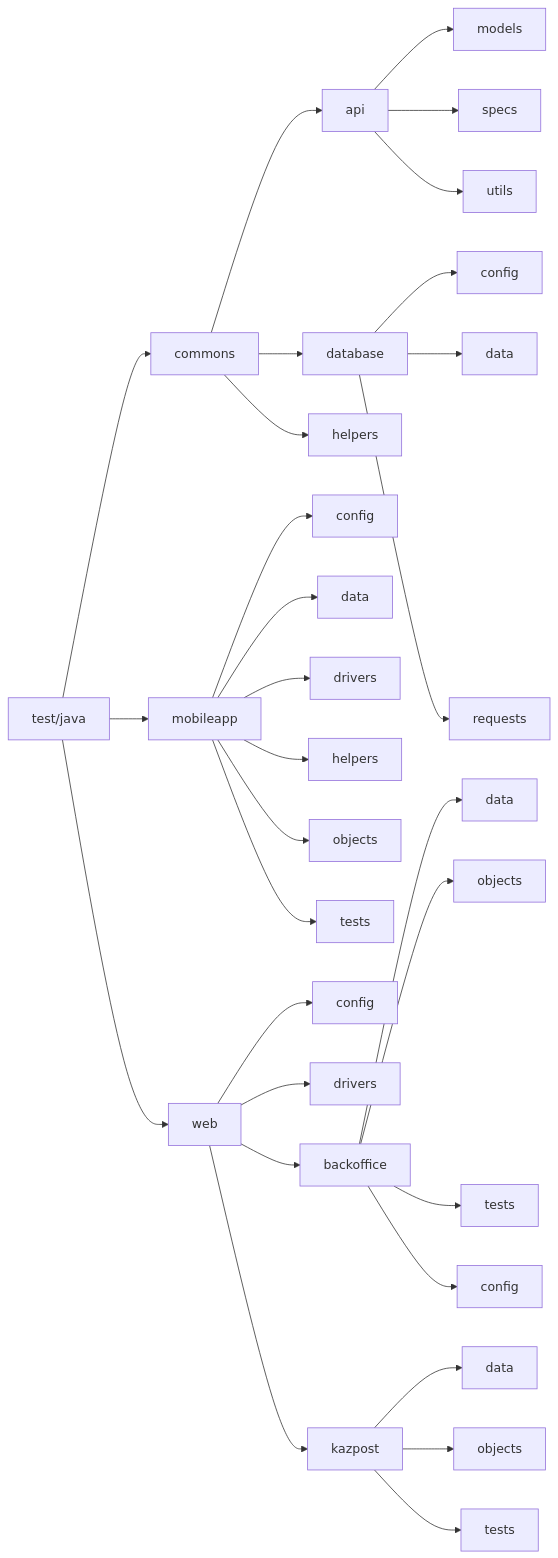
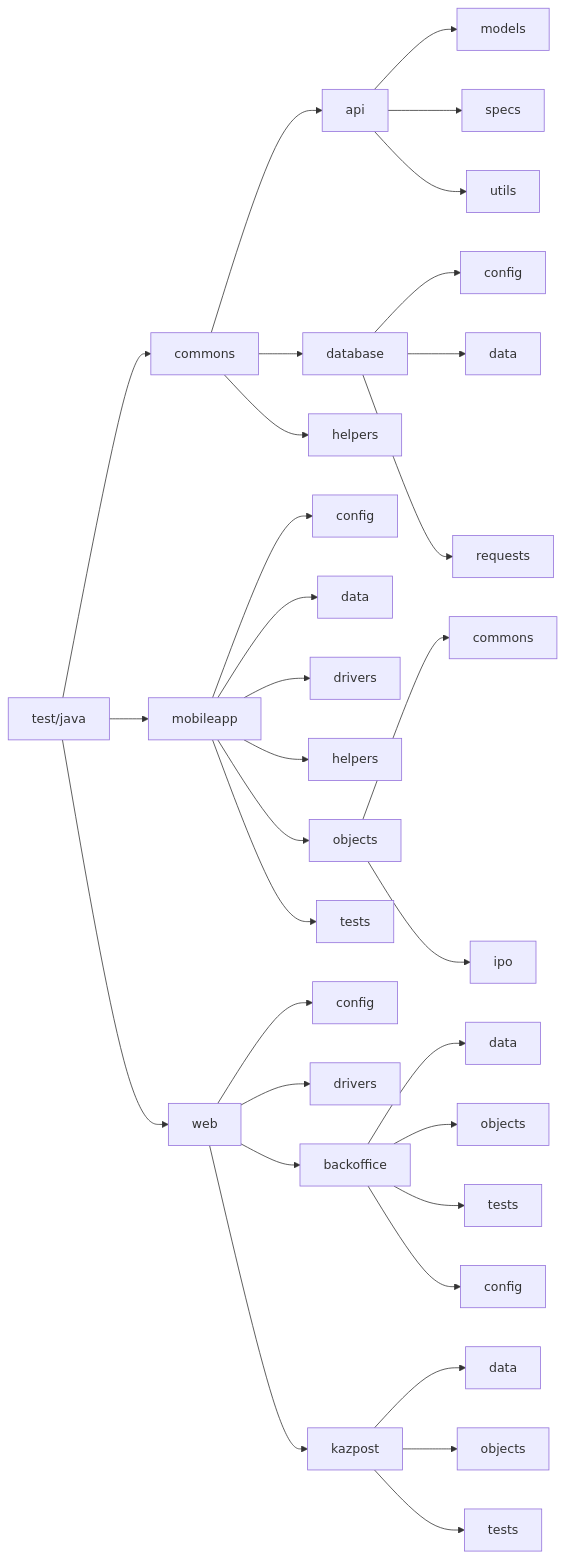
Before and after one commit to alena-shs/tabys-tests: the diagram in README.md, drawn with Mermaid. The commit also changed other lines of this file and 18 other files, not shown here.

````diff
--- a/README.md
+++ b/README.md
@@ -143,16 +143,17 @@
 ```mermaid
   graph LR;
       test["test/java"]-->commons;
       test["test/java"]-->mobileapp;
       test["test/java"]-->web;
       web-->config;
       web-->wdrivers[drivers];
       web-->backoffice;
       web-->kazpost;
       kazpost-->kdata[data] & kobj[objects] & ktests[tests];
       backoffice-->bdata[data] & objects & btests[tests] & bconfig[config];
       mobileapp-->mconfig[config] & mdata[data] & mdrivers[drivers] & mhelpers[helpers] & mobjects[objects] & mtests[tests];
+      mobjects[objects]-->mcommons[commons] & mipo[ipo]
       commons --> api & database & chelpers[helpers];
       api --> models & specs & utils;
       database --> dconfig[config] & ddata[data] & requests;
 ```
````
